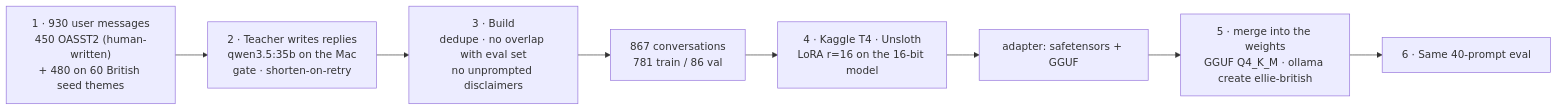
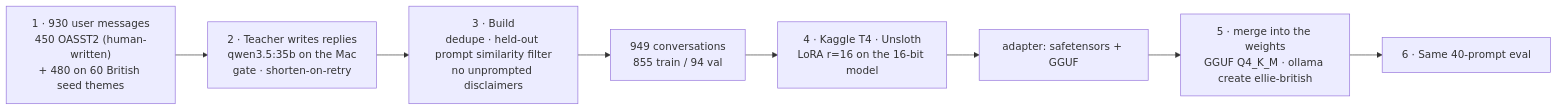
Before and after one commit to ShivaTeja05/Local-LLM-Based-Text-to-Speech-Application: the diagram in training/README.md, drawn with Mermaid. The commit also changed other lines of this file and 50 other files, not shown here.

````diff
--- a/training/README.md
+++ b/training/README.md
@@ -32,10 +32,10 @@
 ```mermaid
 flowchart LR
   P["1 · 930 user messages<br/>450 OASST2 (human-written)<br/>+ 480 on 60 British seed themes"] --> T["2 · Teacher writes replies<br/>qwen3.5:35b on the Mac<br/>gate · shorten-on-retry"]
-  T --> F["3 · Build<br/>dedupe · no overlap with eval set<br/>no unprompted disclaimers"]
-  F --> D["867 conversations<br/>781 train / 86 val"]
+  T --> F["3 · Build<br/>dedupe · held-out prompt similarity filter<br/>no unprompted disclaimers"]
+  F --> D["949 conversations<br/>855 train / 94 val"]
   D --> K["4 · Kaggle T4 · Unsloth<br/>LoRA r=16 on the 16-bit model"]
   K --> A["adapter: safetensors + GGUF"]
   A --> O["5 · merge into the weights<br/>GGUF Q4_K_M · ollama create ellie-british"]
   O --> E["6 · Same 40-prompt eval"]
 ```
````
